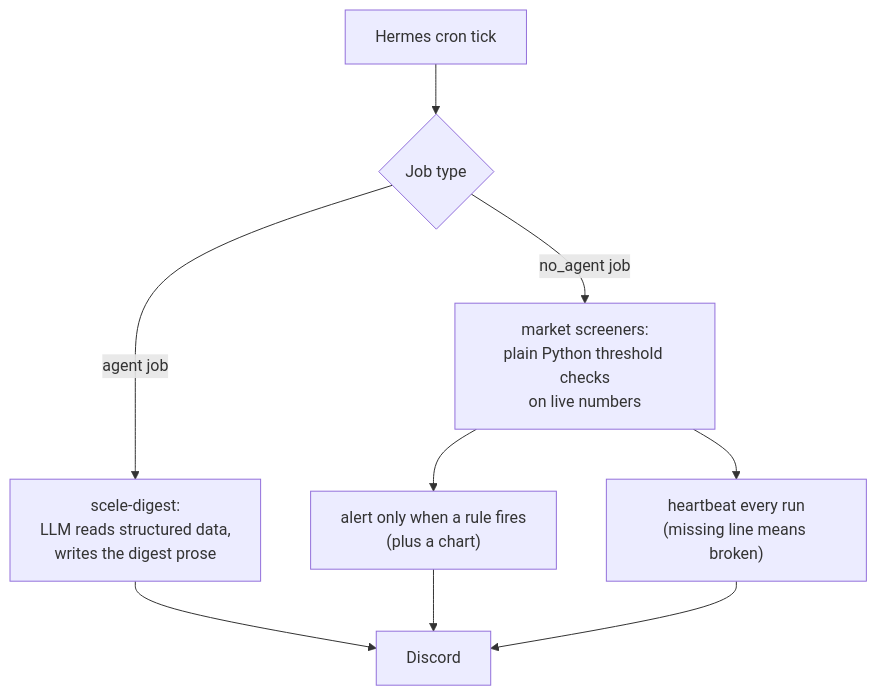
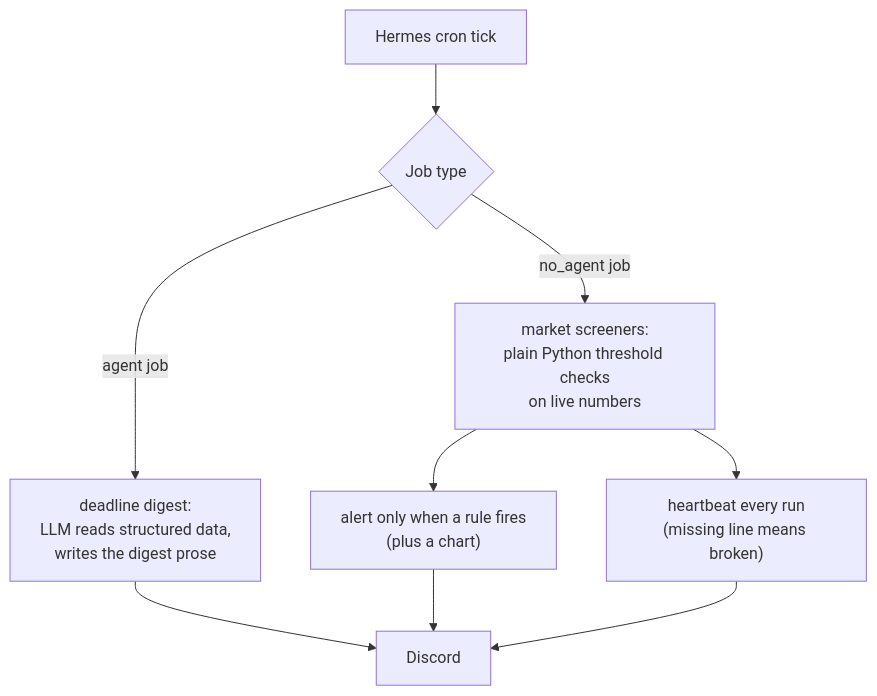
The fourth of 5 diagrams in content/posts/hermes-agent-setup.md (absolutepraya/blog), drawn with Mermaid before and after one commit. The commit also changed other lines of this file and 10 other files, not shown here.

````diff
--- a/content/posts/hermes-agent-setup.md
+++ b/content/posts/hermes-agent-setup.md
@@ -243,12 +231,12 @@
 ```mermaid
 graph TD
     Cron["Hermes cron tick"]
     Cron --> Type{"Job type"}
-    Type -- "agent job" --> LLM["scele-digest:<br>LLM reads structured data,<br>writes the digest prose"]
+    Type -- "agent job" --> LLM["deadline digest:<br>LLM reads structured data,<br>writes the digest prose"]
     Type -- "no_agent job" --> Py["market screeners:<br>plain Python threshold checks<br>on live numbers"]
     LLM --> Disc["Discord"]
     Py --> Alert["alert only when a rule fires<br>(plus a chart)"]
     Py --> Beat["heartbeat every run<br>(missing line means broken)"]
     Alert --> Disc
     Beat --> Disc
 ```
````
